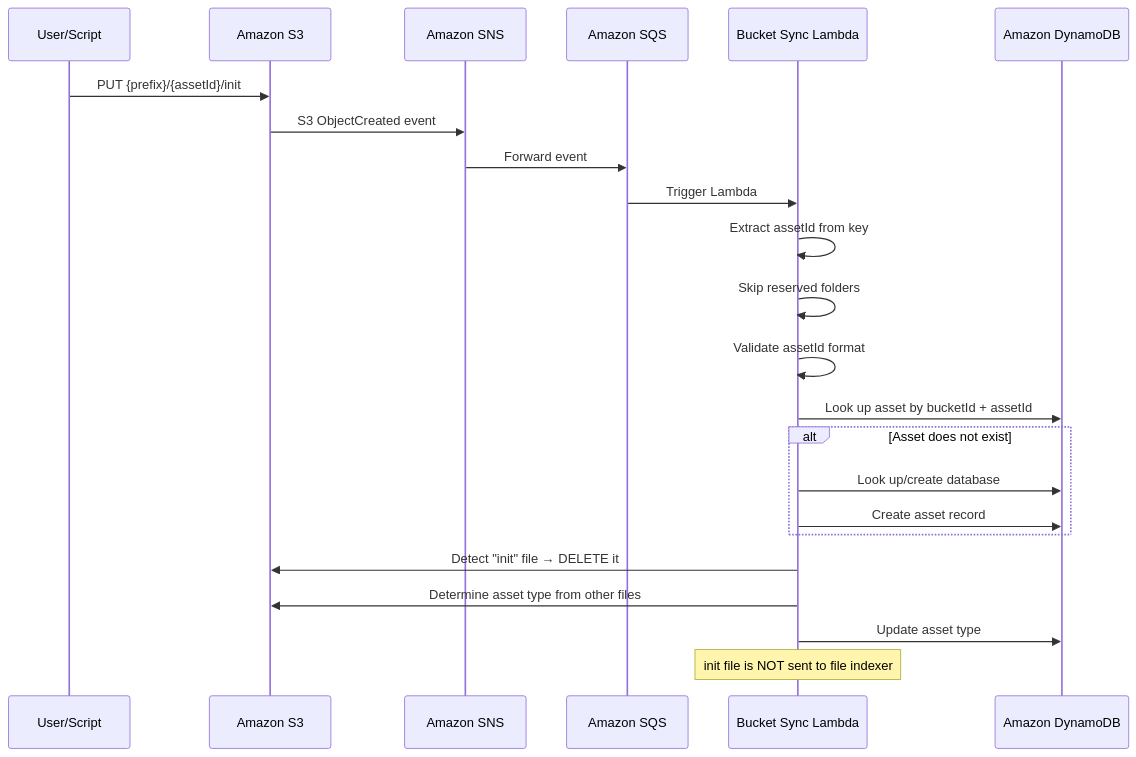
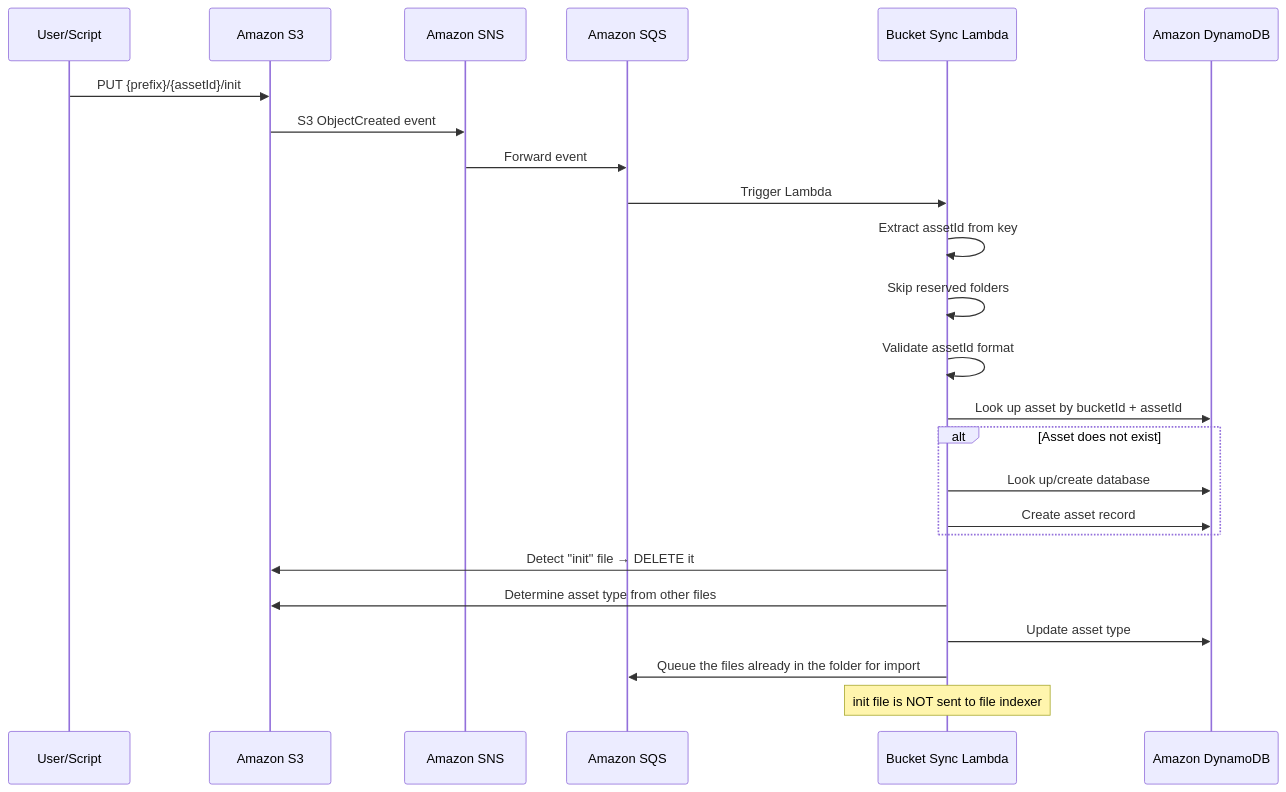
The third of 3 diagrams in documentation/docusaurus-site/docs/deployment/external-s3-setup.md (awslabs/visual-asset-management-system), drawn with Mermaid before and after one commit. The commit also changed other lines of this file and 1 other file, not shown here.

First line of the commit message:
Document the VAMS object tags and folder imports for external buckets

````diff
--- a/documentation/docusaurus-site/docs/deployment/external-s3-setup.md
+++ b/documentation/docusaurus-site/docs/deployment/external-s3-setup.md
@@ -1015,26 +1017,27 @@
 ```mermaid
 sequenceDiagram
     participant User as User/Script
     participant S3 as Amazon S3
     participant SNS as Amazon SNS
     participant SQS as Amazon SQS
     participant Sync as Bucket Sync Lambda
     participant DDB as Amazon DynamoDB
 
     User->>S3: PUT {prefix}/{assetId}/init
     S3->>SNS: S3 ObjectCreated event
     SNS->>SQS: Forward event
     SQS->>Sync: Trigger Lambda
     Sync->>Sync: Extract assetId from key
     Sync->>Sync: Skip reserved folders
     Sync->>Sync: Validate assetId format
     Sync->>DDB: Look up asset by bucketId + assetId
     alt Asset does not exist
         Sync->>DDB: Look up/create database
         Sync->>DDB: Create asset record
     end
     Sync->>S3: Detect "init" file → DELETE it
     Sync->>S3: Determine asset type from other files
     Sync->>DDB: Update asset type
+    Sync->>SQS: Queue the files already in the folder for import
     Note over Sync: init file is NOT sent to file indexer
 ```
````
